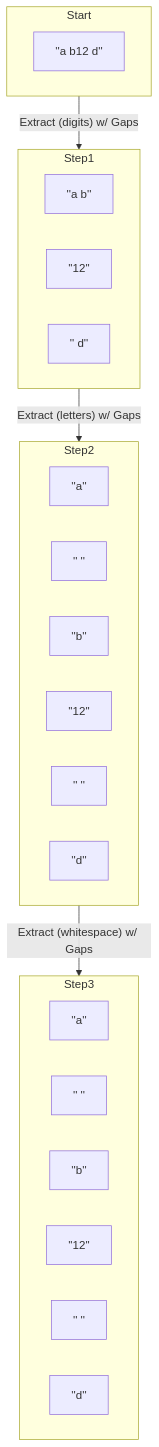
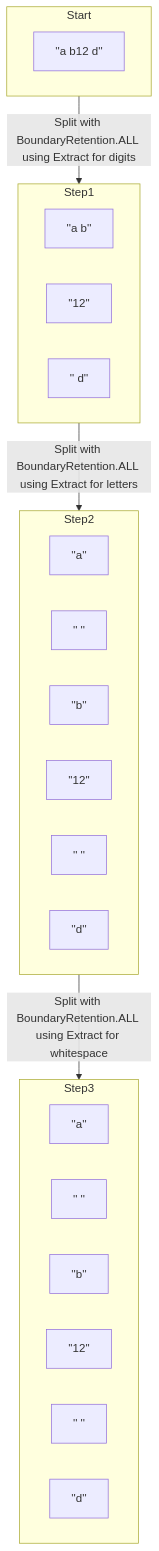
Before and after one commit to rlayers/pawpaw: the fourth of 13 diagrams in docs/4. Arborform.md, drawn with Mermaid. The commit also changed other lines of this file and 3 other files, not shown here.

````diff
--- a/docs/4. Arborform.md
+++ b/docs/4. Arborform.md
@@ -392,30 +476,30 @@
 ```mermaid
 flowchart TD
   subgraph Start
     i0ab12d[''a b12 d'']
   end
   subgraph Step1
     i1ab[''a b'']
     i112[''12'']
     i1d['' d'']
   end
   subgraph Step2
     i2a[''a'']
     i2sp1['' '']
     i2b[''b'']
     i212[''12'']
     i2sp2['' '']
     i2d[''d'']
   end
   subgraph Step3
     i3a[''a'']
     i3sp1['' '']
     i3b[''b'']
     i312[''12'']
     i3sp2['' '']
     i3d[''d'']
   end
-  Start--"Extract (digits) w/ Gaps"-->Step1  
-  Step1--"Extract (letters) w/ Gaps"-->Step2
-  Step2--"Extract (whitespace) w/ Gaps"-->Step3
+  Start--"Split with BoundaryRetention.ALL using Extract for digits"-->Step1  
+  Step1--"Split with BoundaryRetention.ALL using Extract for letters"-->Step2
+  Step2--"Split with BoundaryRetention.ALL using Extract for whitespace"-->Step3
 ```
````
